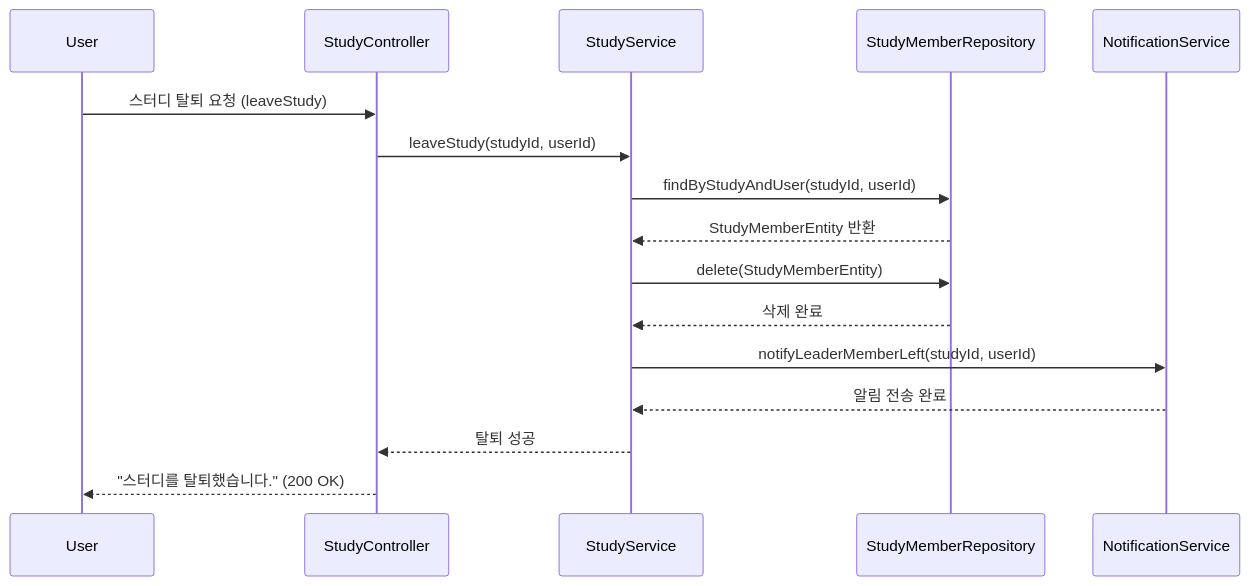
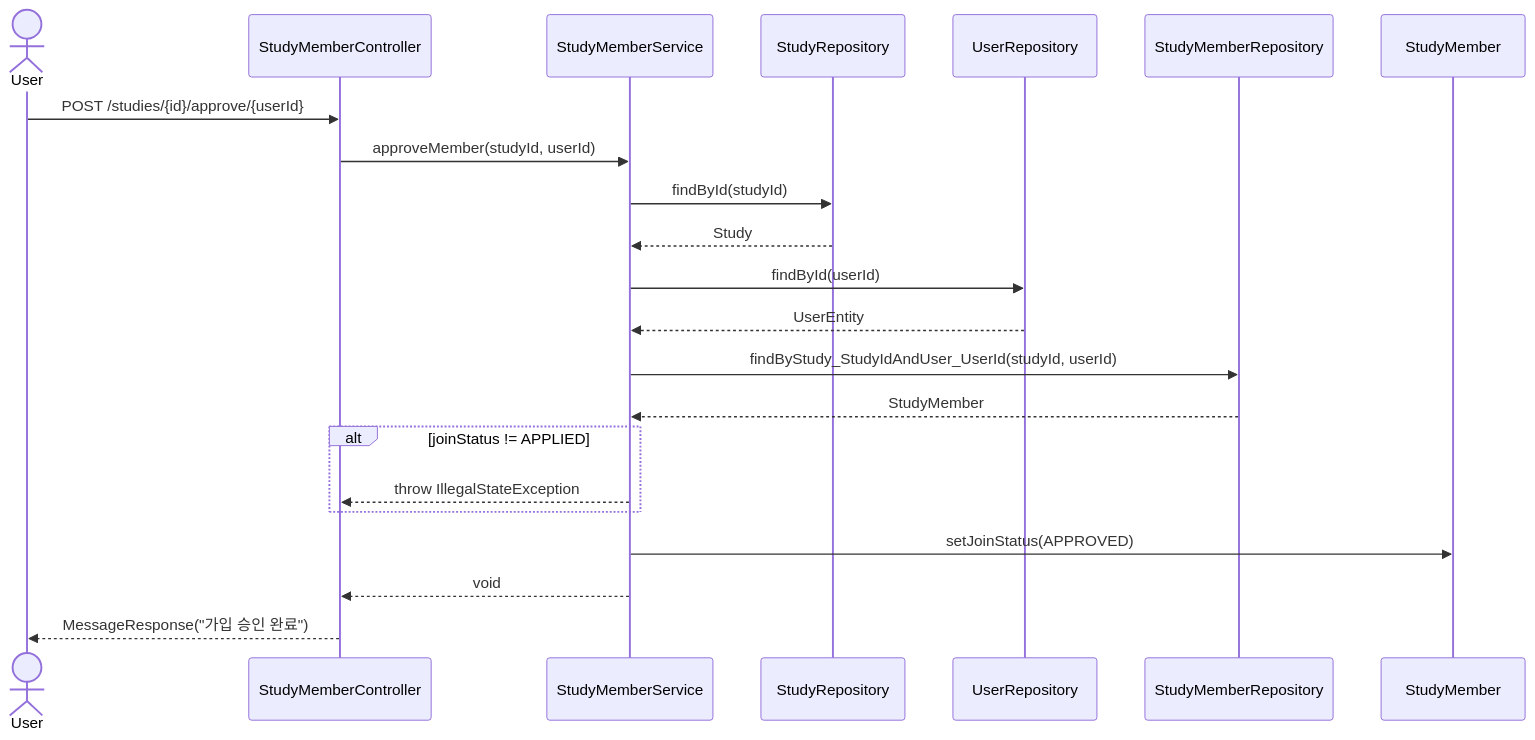
One commit to OHWCH/se_dev changed diagram 21 of 47 in SDS_[깃라잡이].md. Above: the diagram before and after it, drawn with Mermaid. The commit also changed other lines of this file, not shown here.

Commit message:
스터디 시퀀스 다이어그램

````diff
--- a/SDS_[깃라잡이].md
+++ b/SDS_[깃라잡이].md
@@ -5060,20 +5152,26 @@
 ```mermaid
 sequenceDiagram
-    participant User
-    participant StudyController
-    participant StudyService
-    participant StudyMemberRepository
-    participant NotificationService
+    actor User
+    User ->> StudyMemberController: POST /studies/{id}/approve/{userId}
+    
+    StudyMemberController ->> StudyMemberService: approveMember(studyId, userId)
 
-    User->>StudyController: 스터디 탈퇴 요청 (leaveStudy)
-    StudyController->>StudyService: leaveStudy(studyId, userId)
-    StudyService->>StudyMemberRepository: findByStudyAndUser(studyId, userId)
-    StudyMemberRepository-->>StudyService: StudyMemberEntity 반환
-    StudyService->>StudyMemberRepository: delete(StudyMemberEntity)
-    StudyMemberRepository-->>StudyService: 삭제 완료
-    StudyService->>NotificationService: notifyLeaderMemberLeft(studyId, userId)
-    NotificationService-->>StudyService: 알림 전송 완료
-    StudyService-->>StudyController: 탈퇴 성공
-    StudyController-->>User: "스터디를 탈퇴했습니다." (200 OK)
+    StudyMemberService ->> StudyRepository: findById(studyId)
+    StudyRepository -->> StudyMemberService: Study
+
+    StudyMemberService ->> UserRepository: findById(userId)
+    UserRepository -->> StudyMemberService: UserEntity
+
+    StudyMemberService ->> StudyMemberRepository: findByStudy_StudyIdAndUser_UserId(studyId, userId)
+    StudyMemberRepository -->> StudyMemberService: StudyMember
+
+    alt joinStatus != APPLIED
+        StudyMemberService -->> StudyMemberController: throw IllegalStateException
+    end
+
+    StudyMemberService ->> StudyMember: setJoinStatus(APPROVED)
+
+    StudyMemberService -->> StudyMemberController: void
+    StudyMemberController -->> User: MessageResponse("가입 승인 완료")
 
 ```
````
